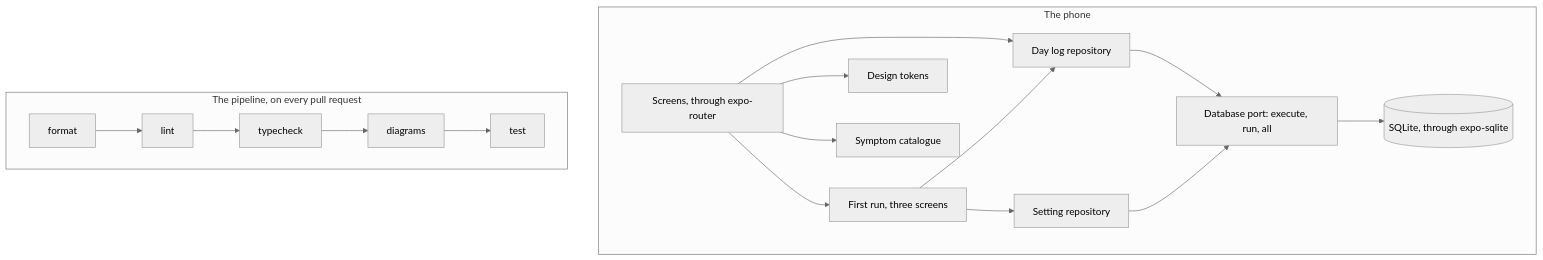
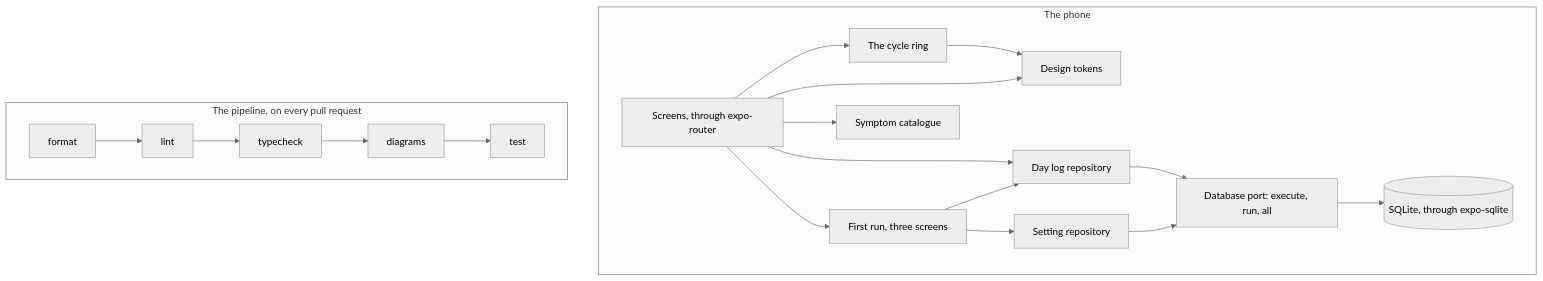
One commit to atlantic-blue/emi changed the first of 2 diagrams in docs/architecture.md. Above: the diagram before and after it, drawn with Mermaid (neutral theme). The commit also changed 14 other files, not shown here.

````diff
--- a/docs/architecture.md
+++ b/docs/architecture.md
@@ -32,25 +32,28 @@
 ```mermaid
 flowchart TD
   subgraph Phone["The phone"]
     UI["Screens, through expo-router"]
     FIRST["First run, three screens"]
+    RING["The cycle ring"]
     TOK["Design tokens"]
     CAT["Symptom catalogue"]
     DATA["Day log repository"]
     SET["Setting repository"]
     PORT["Database port: execute, run, all"]
     SQL[("SQLite, through expo-sqlite")]
     UI --> FIRST
+    UI --> RING
+    RING --> TOK
     UI --> TOK
     UI --> CAT
     UI --> DATA
     FIRST --> DATA
     FIRST --> SET
     DATA --> PORT
     SET --> PORT
     PORT --> SQL
   end
   subgraph Pipeline["The pipeline, on every pull request"]
     FMT["format"] --> LINT["lint"] --> TYPE["typecheck"] --> DIAG["diagrams"] --> TEST["test"]
   end
 ```
````
